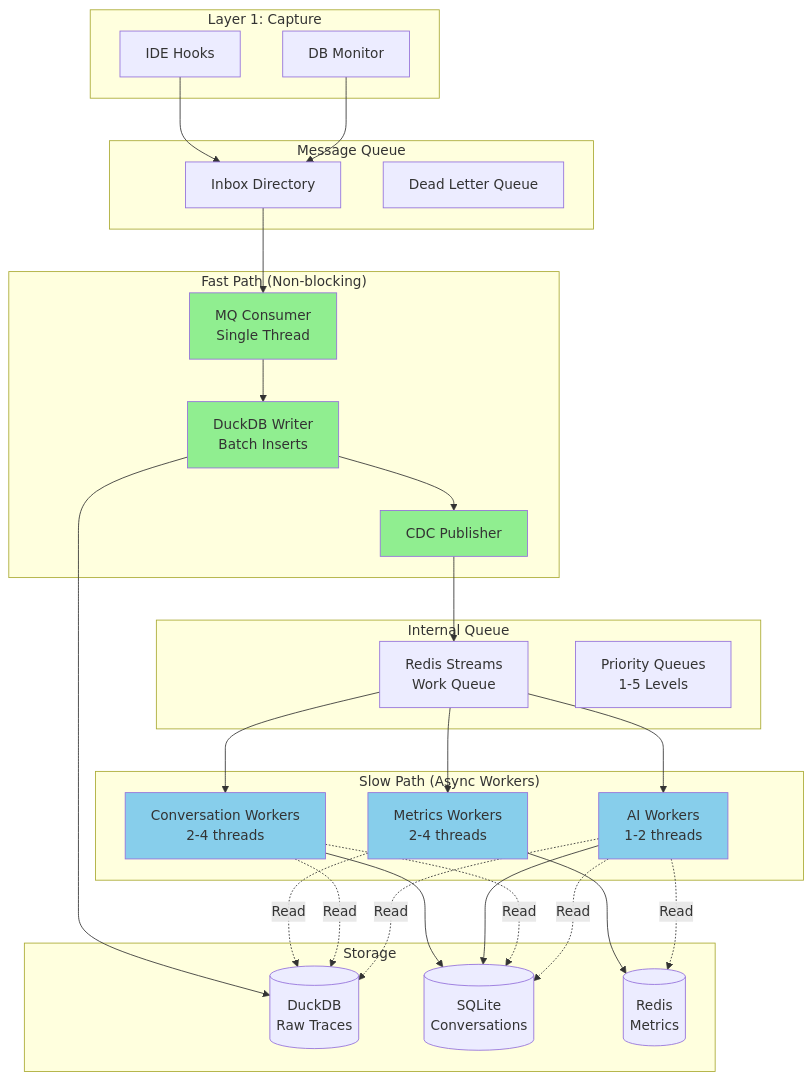
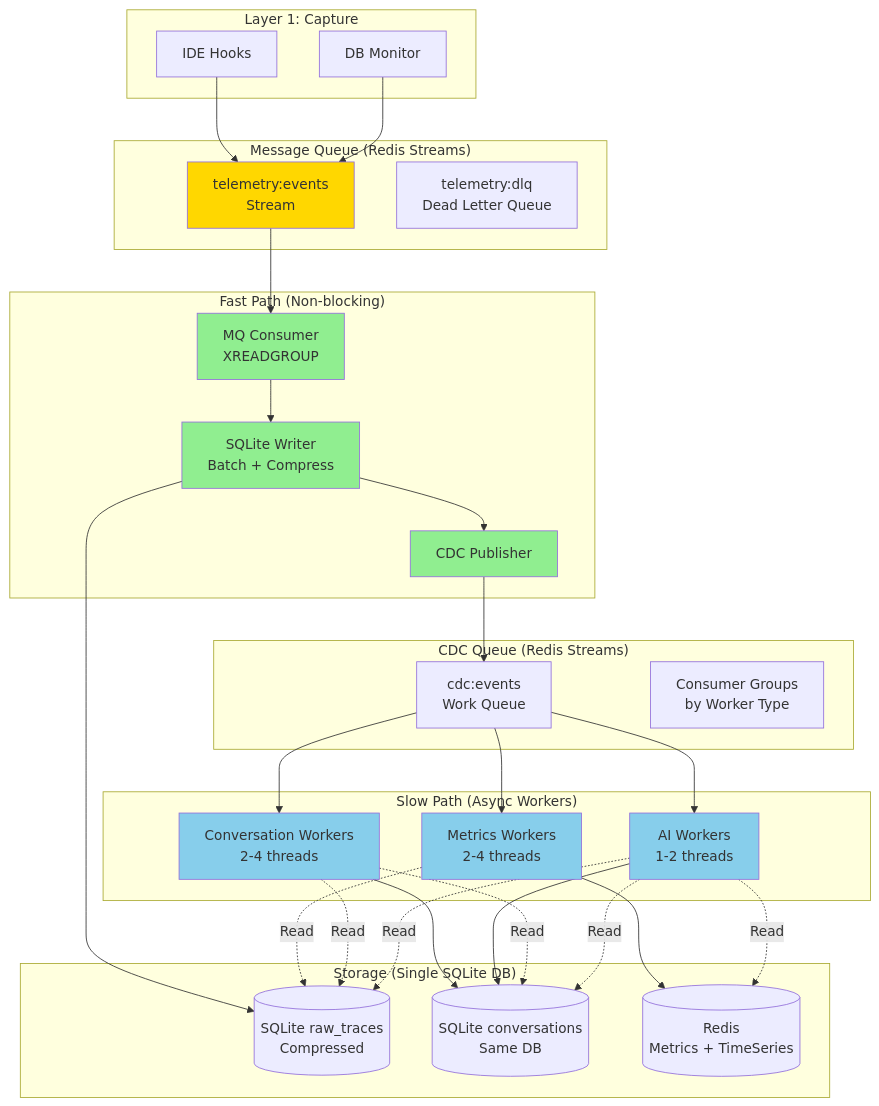
The diagram in docs/architecture/layer2_async_pipeline.md (aculich/bp-telemetry-core), drawn with Mermaid before and after one commit. The commit also changed other lines of this file, not shown here.

First line of the commit message:
docs: update layer2 async pipeline for Redis + SQLite

````diff
--- a/docs/architecture/layer2_async_pipeline.md
+++ b/docs/architecture/layer2_async_pipeline.md
@@ -39,66 +39,67 @@
 ```mermaid
 graph TB
     subgraph "Layer 1: Capture"
         HOOKS[IDE Hooks]
         DBMON[DB Monitor]
     end
 
-    subgraph "Message Queue"
-        INBOX[Inbox Directory]
-        DLQ[Dead Letter Queue]
+    subgraph "Message Queue (Redis Streams)"
+        MQSTREAM[telemetry:events<br/>Stream]
+        DLQ[telemetry:dlq<br/>Dead Letter Queue]
     end
 
     subgraph "Fast Path (Non-blocking)"
-        CONSUMER[MQ Consumer<br/>Single Thread]
-        WRITER[DuckDB Writer<br/>Batch Inserts]
+        CONSUMER[MQ Consumer<br/>XREADGROUP]
+        WRITER[SQLite Writer<br/>Batch + Compress]
         CDC[CDC Publisher]
     end
 
-    subgraph "Internal Queue"
-        STREAM[Redis Streams<br/>Work Queue]
-        PRIORITY[Priority Queues<br/>1-5 Levels]
+    subgraph "CDC Queue (Redis Streams)"
+        CDCSTREAM[cdc:events<br/>Work Queue]
+        PRIORITY[Consumer Groups<br/>by Worker Type]
     end
 
     subgraph "Slow Path (Async Workers)"
         MW[Metrics Workers<br/>2-4 threads]
         CW[Conversation Workers<br/>2-4 threads]
         AW[AI Workers<br/>1-2 threads]
     end
 
-    subgraph "Storage"
-        DUCK[(DuckDB<br/>Raw Traces)]
-        SQLITE[(SQLite<br/>Conversations)]
-        REDIS[(Redis<br/>Metrics)]
+    subgraph "Storage (Single SQLite DB)"
+        SQRAW[(SQLite raw_traces<br/>Compressed)]
+        SQCONV[(SQLite conversations<br/>Same DB)]
+        REDIS[(Redis<br/>Metrics + TimeSeries)]
     end
 
-    HOOKS --> INBOX
-    DBMON --> INBOX
+    HOOKS --> MQSTREAM
+    DBMON --> MQSTREAM
 
-    INBOX --> CONSUMER
+    MQSTREAM --> CONSUMER
     CONSUMER --> WRITER
-    WRITER --> DUCK
+    WRITER --> SQRAW
     WRITER --> CDC
-    CDC --> STREAM
+    CDC --> CDCSTREAM
 
-    STREAM --> MW
-    STREAM --> CW
-    STREAM --> AW
+    CDCSTREAM --> MW
+    CDCSTREAM --> CW
+    CDCSTREAM --> AW
 
     MW --> REDIS
-    CW --> SQLITE
-    AW --> SQLITE
+    CW --> SQCONV
+    AW --> SQCONV
 
-    MW -.->|Read| DUCK
-    CW -.->|Read| DUCK
-    CW -.->|Read| SQLITE
-    AW -.->|Read| DUCK
-    AW -.->|Read| SQLITE
+    MW -.->|Read| SQRAW
+    CW -.->|Read| SQRAW
+    CW -.->|Read| SQCONV
+    AW -.->|Read| SQRAW
+    AW -.->|Read| SQCONV
     AW -.->|Read| REDIS
 
     style CONSUMER fill:#90EE90
     style WRITER fill:#90EE90
     style CDC fill:#90EE90
     style MW fill:#87CEEB
     style CW fill:#87CEEB
     style AW fill:#87CEEB
+    style MQSTREAM fill:#FFD700
 ```
````
